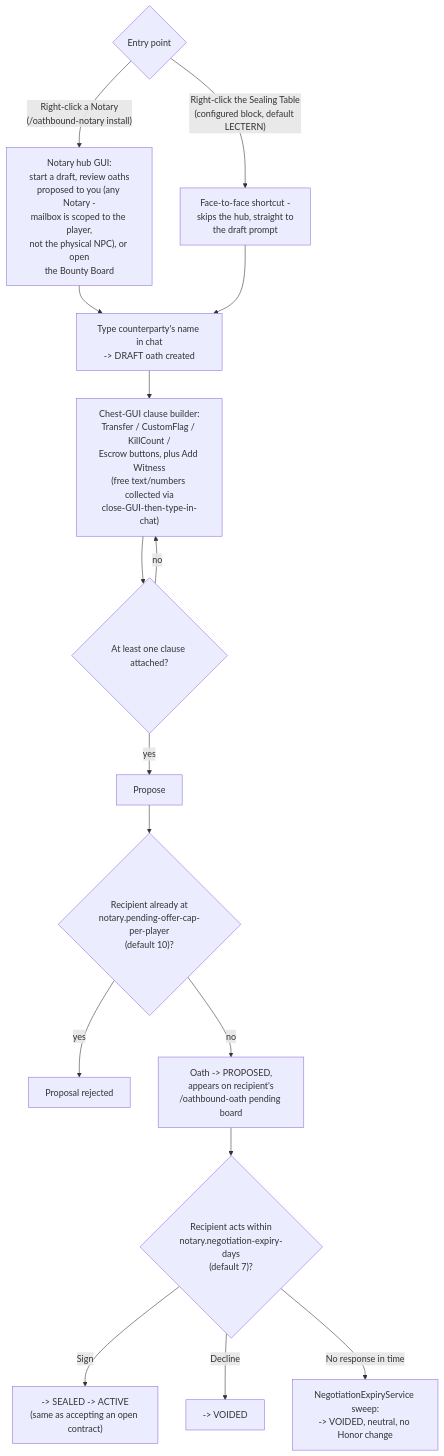
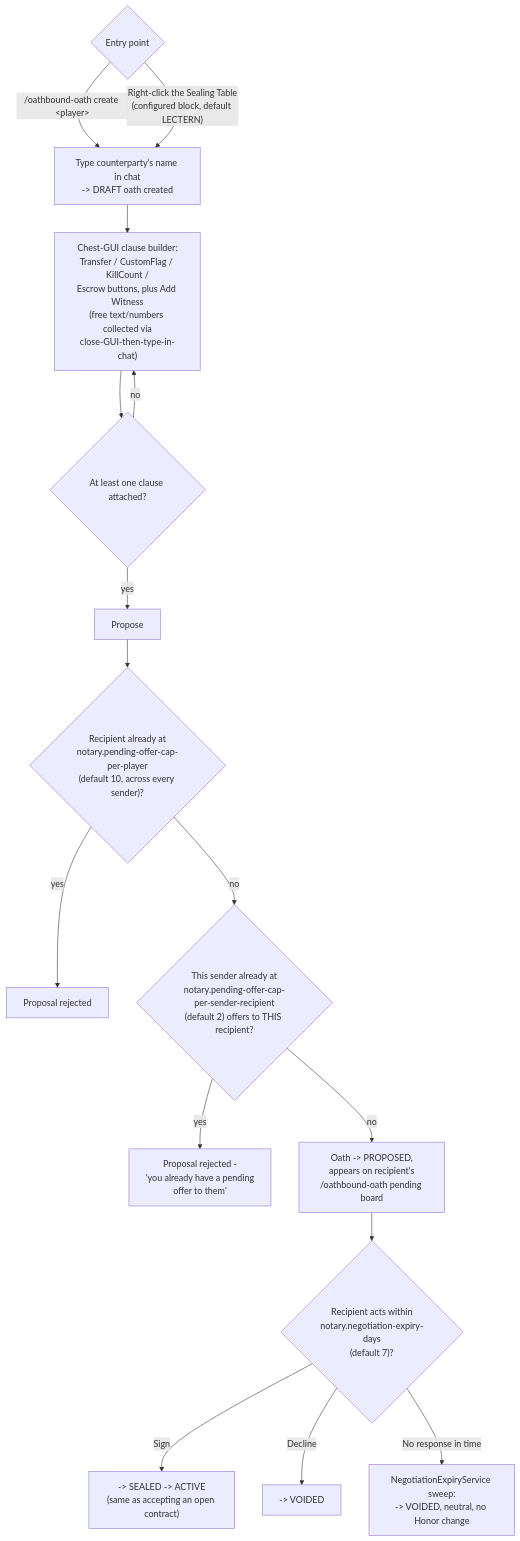
One commit to philbgarner/oathbound changed the first of 2 diagrams in docs/notary-oath-board.md. Above: the diagram before and after it, drawn with Mermaid. The commit also changed other lines of this file and 121 other files, not shown here.

````diff
--- a/docs/notary-oath-board.md
+++ b/docs/notary-oath-board.md
@@ -8,21 +8,21 @@
 ```mermaid
 flowchart TD
-    Entry{Entry point} -->|"Right-click a Notary\n(/oathbound-notary install)"| Hub["Notary hub GUI:\nstart a draft, review oaths\nproposed to you (any Notary -\nmailbox is scoped to the player,\nnot the physical NPC), or open\nthe Bounty Board"]
-    Entry -->|"Right-click the Sealing Table\n(configured block, default LECTERN)"| SkipHub["Face-to-face shortcut -\nskips the hub, straight to\nthe draft prompt"]
+    Entry{Entry point} -->|"/oathbound-oath create &lt;player&gt;"| Draft
+    Entry -->|"Right-click the Sealing Table\n(configured block, default LECTERN)"| Draft["Type counterparty's name in chat\n-&gt; DRAFT oath created"]
 
-    Hub --> Draft
-    SkipHub --> Draft["Type counterparty's name in chat\n-&gt; DRAFT oath created"]
     Draft --> Build["Chest-GUI clause builder:\nTransfer / CustomFlag / KillCount /\nEscrow buttons, plus Add Witness\n(free text/numbers collected via\nclose-GUI-then-type-in-chat)"]
     Build --> HasClause{At least one clause attached?}
     HasClause -->|yes| Propose["Propose"]
     HasClause -->|no| Build
 
-    Propose --> CapCheck{"Recipient already at\nnotary.pending-offer-cap-per-player\n(default 10)?"}
+    Propose --> CapCheck{"Recipient already at\nnotary.pending-offer-cap-per-player\n(default 10, across every sender)?"}
     CapCheck -->|yes| Rejected[Proposal rejected]
-    CapCheck -->|no| Proposed["Oath -&gt; PROPOSED,\nappears on recipient's\n/oathbound-oath pending board"]
+    CapCheck -->|no| PairCapCheck{"This sender already at\nnotary.pending-offer-cap-per-sender-recipient\n(default 2) offers to THIS recipient?"}
+    PairCapCheck -->|yes| RejectedPair["Proposal rejected -\n'you already have a pending\noffer to them'"]
+    PairCapCheck -->|no| Proposed["Oath -&gt; PROPOSED,\nappears on recipient's\n/oathbound-oath pending board"]
 
     Proposed --> RecipientAction{"Recipient acts within\nnotary.negotiation-expiry-days\n(default 7)?"}
     RecipientAction -->|Sign| Sealed["-&gt; SEALED -&gt; ACTIVE\n(same as accepting an open contract)"]
     RecipientAction -->|Decline| Voided1["-&gt; VOIDED"]
     RecipientAction -->|"No response in time"| AutoVoid["NegotiationExpiryService sweep:\n-&gt; VOIDED, neutral, no Honor change"]
 ```
````
